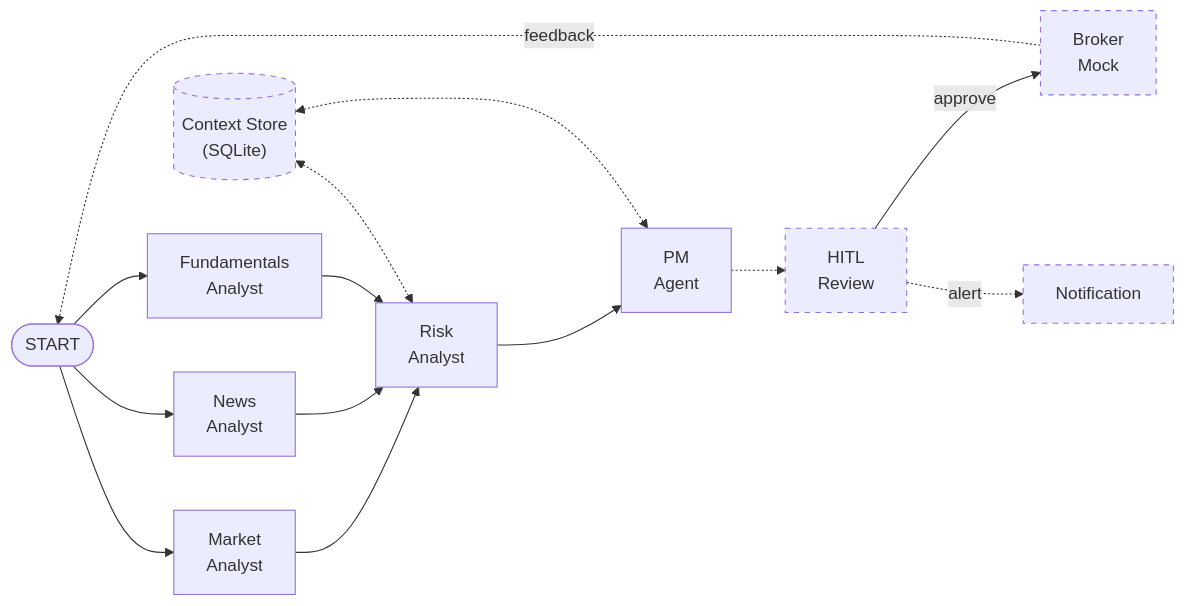
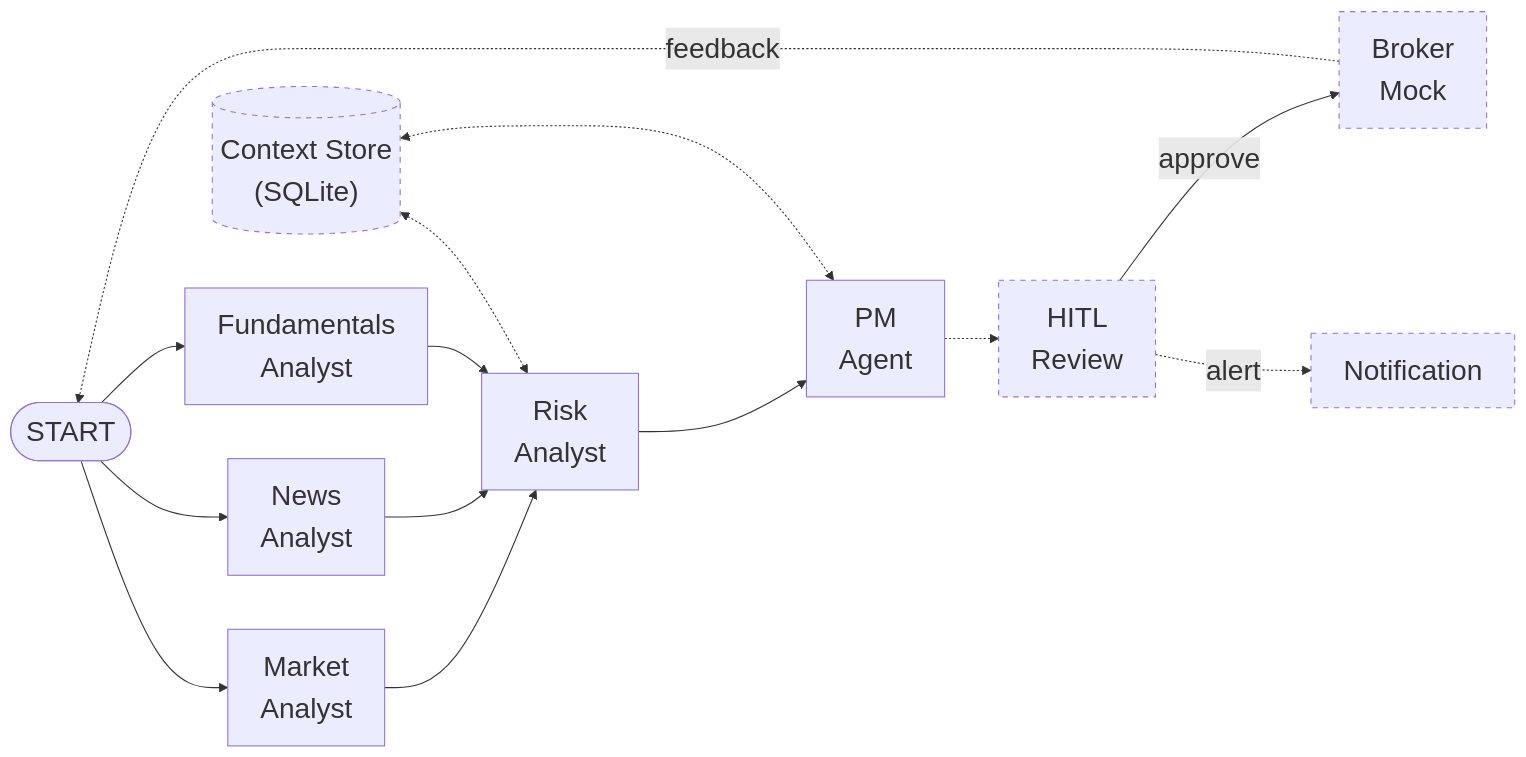
The diagram in reports/detail-proposal/architecture.mmd (KaiOnCode/QuanTable), drawn with Mermaid before and after one commit. The commit also changed 6 other files, not shown here.

Commit message:
docs: update architecture diagram and fix references in proposal document

```diff
--- a/reports/detail-proposal/architecture.mmd
+++ b/reports/detail-proposal/architecture.mmd
@@ -1,32 +1,38 @@
+---
+config:
+  layout: dagre
+  themeVariables:
+    fontSize: 26px
+---
 graph LR
     START(["START"])
 
-    MA["Market\nAnalyst"]
-    NA["News\nAnalyst"]
-    FA["Fundamentals\nAnalyst"]
-    RA["Risk\nAnalyst"]
-    PM["PM\nAgent"]
+    MA["Market</br>Analyst"]
+    NA["News</br>Analyst"]
+    FA["Fundamentals</br>Analyst"]
+    RA["Risk</br>Analyst"]
+    PM["PM</br>Agent"]
 
-    HITL["HITL\nReview"]:::planned
-    BM["Broker\nMock"]:::planned
+    HITL["HITL</br>Review"]:::planned
+    BM["Broker</br>Mock"]:::planned
     NF["Notification"]:::planned
-    CS[("Context Store\n(SQLite)")]:::planned
+    CS[("Context Store</br>(SQLite)")]:::planned
 
     START --> MA
     START --> NA
     START --> FA
 
     MA --> RA
     NA --> RA
     FA --> RA
 
     RA --> PM
     PM -.-> HITL
     HITL -- approve --> BM
     HITL -. alert .-> NF
     BM -. feedback .-> START
 
     CS <-.-> RA
     CS <-.-> PM
 
     classDef planned stroke-dasharray: 5 5
```
